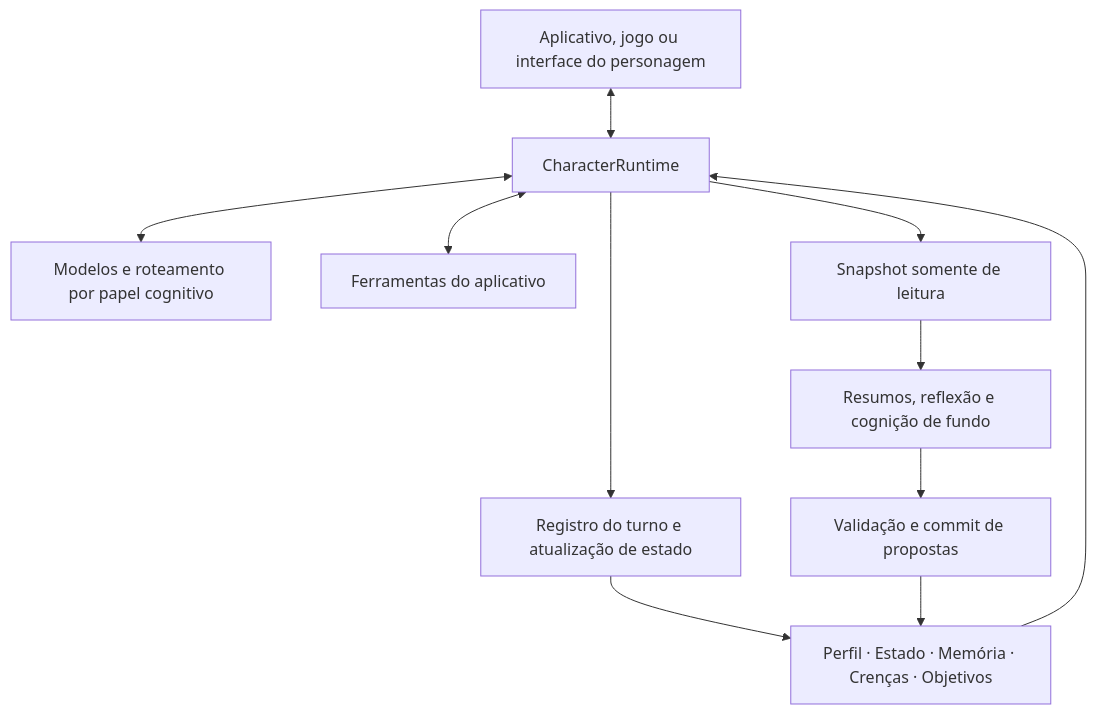
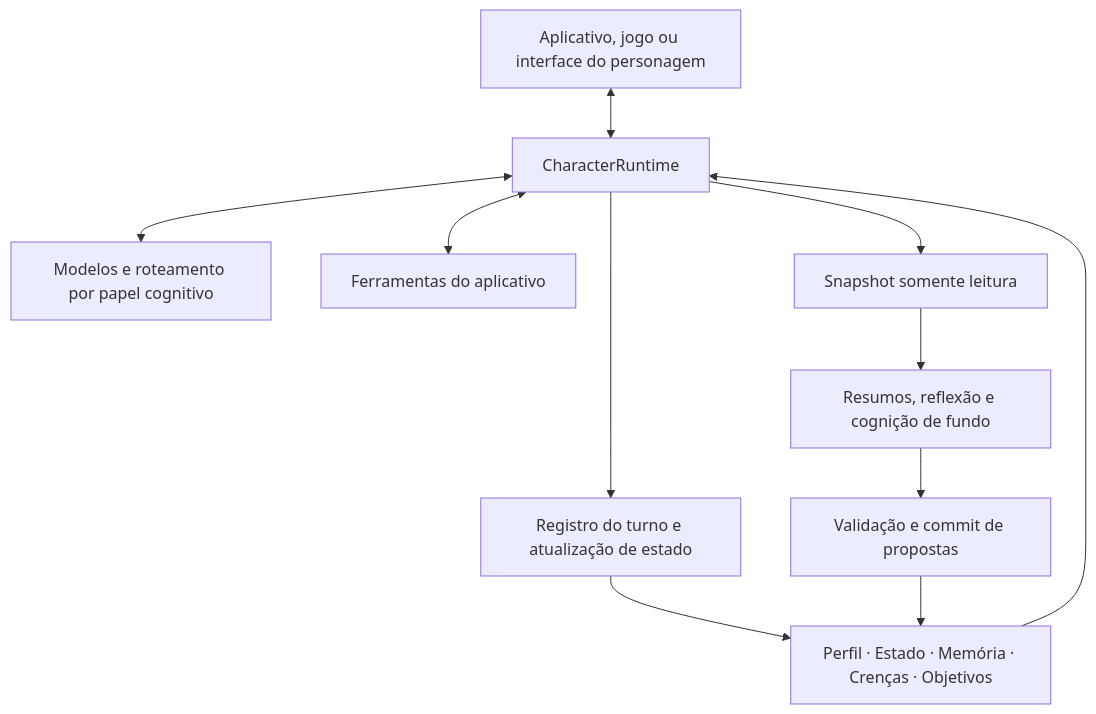
Before and after one commit to weryk153/ai-character-engine: the diagram in README.pt-BR.md, drawn with Mermaid. The commit also changed other lines of this file and 10 other files, not shown here.

````diff
--- a/README.pt-BR.md
+++ b/README.pt-BR.md
@@ -78,13 +78,13 @@
 ```mermaid
 flowchart TD
     App["Aplicativo, jogo ou interface do personagem"] <--> Runtime["CharacterRuntime"]
     Context["Perfil · Estado · Memória · Crenças · Objetivos"] --> Runtime
     Runtime <--> Models["Modelos e roteamento por papel cognitivo"]
     Runtime <--> Tools["Ferramentas do aplicativo"]
     Runtime --> Record["Registro do turno e atualização de estado"]
     Record --> Context
-    Runtime --> Snapshot["Snapshot somente de leitura"]
+    Runtime --> Snapshot["Snapshot somente leitura"]
     Snapshot --> Workers["Resumos, reflexão e cognição de fundo"]
     Workers --> Commit["Validação e commit de propostas"]
     Commit --> Context
 ```
````
